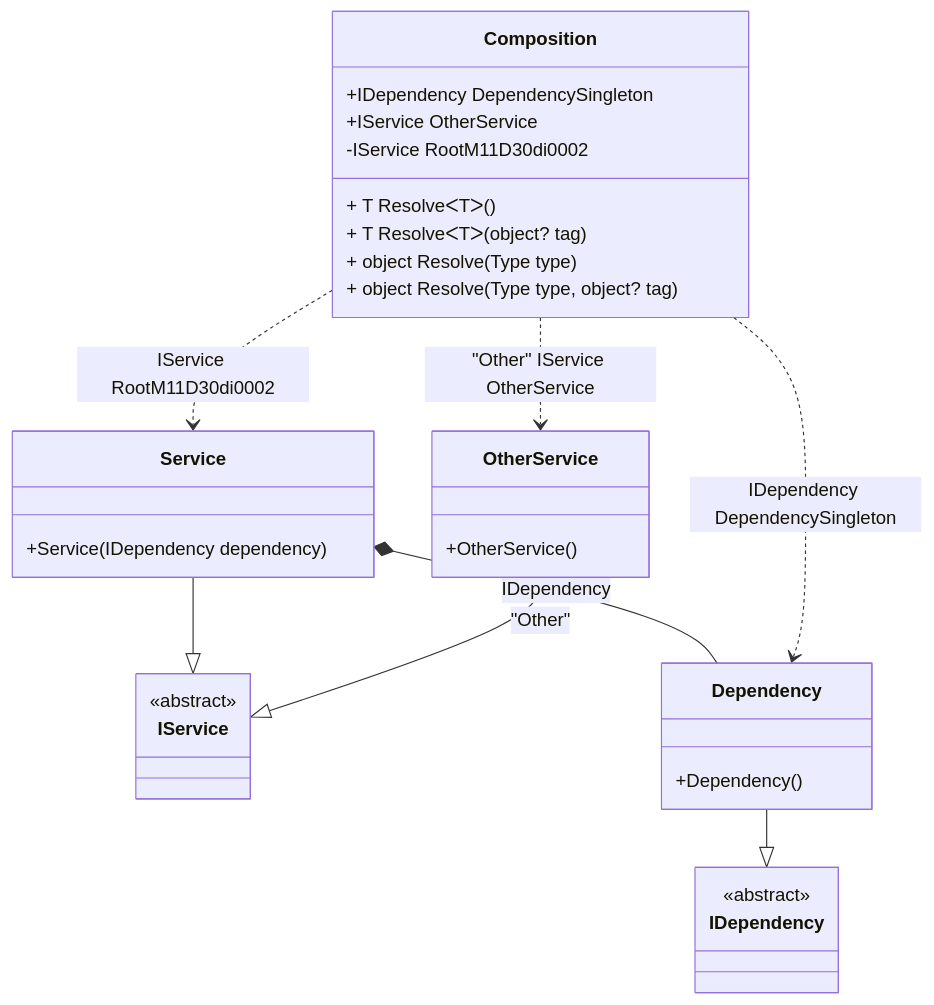
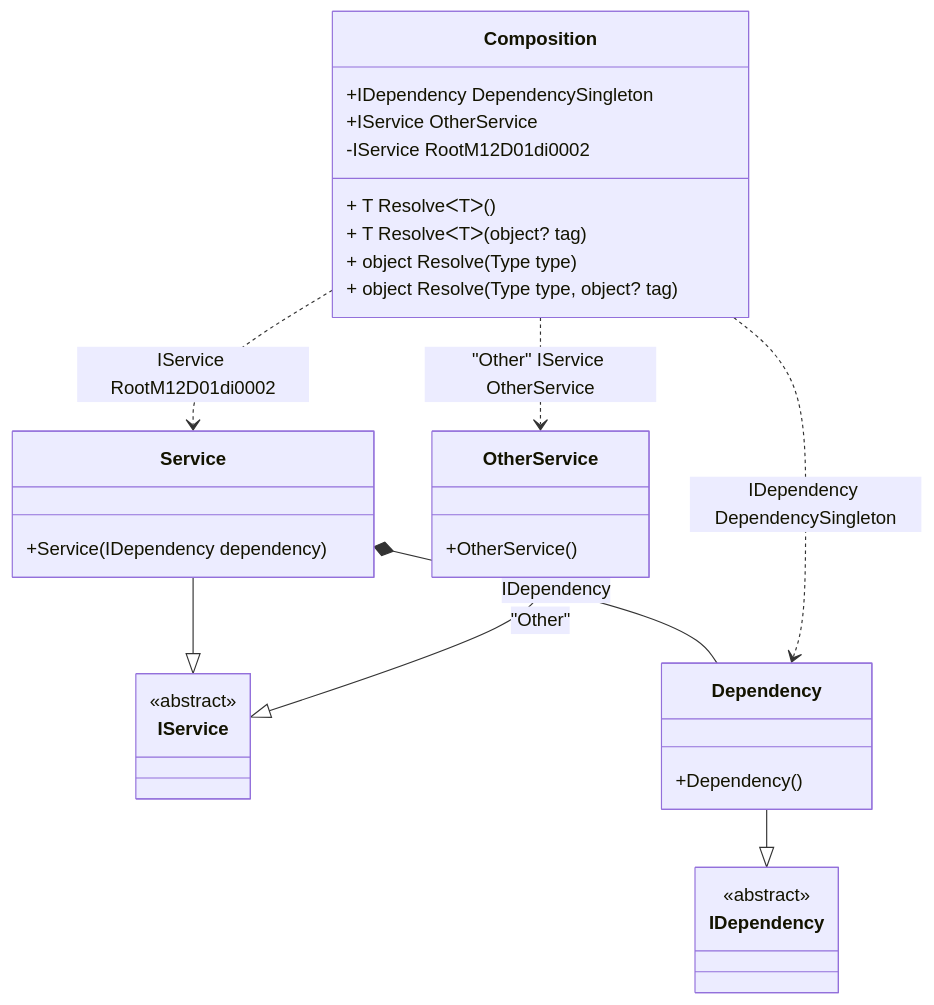
The diagram in readme/resolve-methods.md (DevTeam/Pure.DI), drawn with Mermaid before and after one commit. The commit also changed other lines of this file and 72 other files, not shown here.

````diff
--- a/readme/resolve-methods.md
+++ b/readme/resolve-methods.md
@@ -47,34 +47,34 @@
 ```mermaid
 classDiagram
   class Composition {
     +IDependency DependencySingleton
     +IService OtherService
-    -IService RootM11D30di0002
+    -IService RootM12D01di0002
     + T ResolveᐸTᐳ()
     + T ResolveᐸTᐳ(object? tag)
     + object Resolve(Type type)
     + object Resolve(Type type, object? tag)
   }
   Service --|> IService : 
   class Service {
     +Service(IDependency dependency)
   }
   Dependency --|> IDependency : 
   class Dependency {
     +Dependency()
   }
   OtherService --|> IService : "Other" 
   class OtherService {
     +OtherService()
   }
   class IService {
     <<abstract>>
   }
   class IDependency {
     <<abstract>>
   }
   Service *--  Dependency : IDependency
   Composition ..> Dependency : IDependency DependencySingleton
-  Composition ..> Service : IService RootM11D30di0002
+  Composition ..> Service : IService RootM12D01di0002
   Composition ..> OtherService : "Other" IService OtherService
 ```
````
